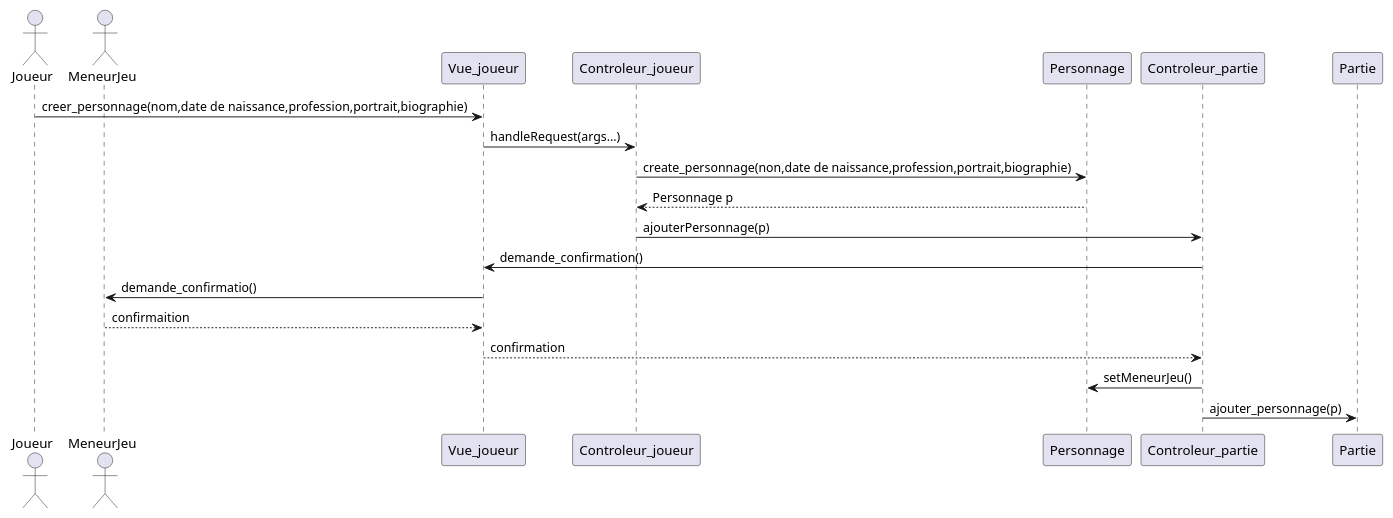
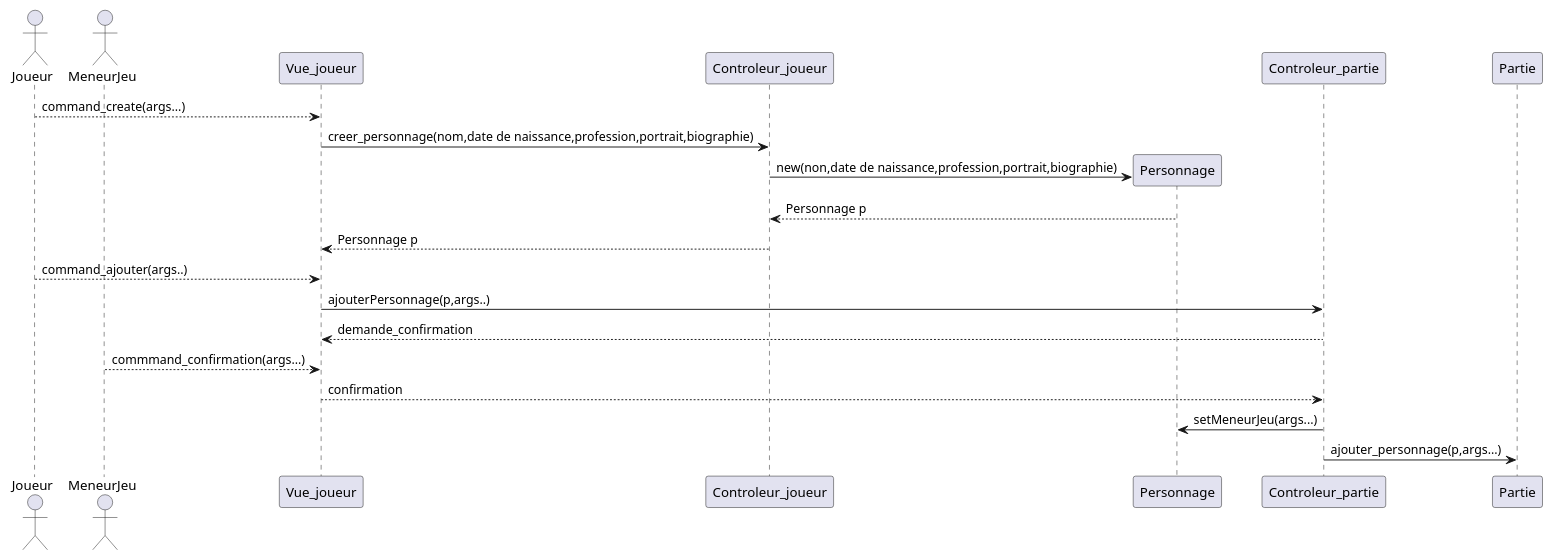
The diagram in diagrams/sequence_technique_ajouter_personnage.wsd (Stefy237/projet-gl), drawn with PlantUML before and after one commit.

Commit message:
sequence technique ajouter_personnage

```diff
--- a/diagrams/sequence_technique_ajouter_personnage.wsd
+++ b/diagrams/sequence_technique_ajouter_personnage.wsd
@@ -1,17 +1,22 @@
 @startuml
 actor Joueur
 actor MeneurJeu
 
-Joueur -> Vue_joueur: creer_personnage(nom,date de naissance,profession,portrait,biographie)
-Vue_joueur -> Controleur_joueur: handleRequest(args...)
-Controleur_joueur -> Personnage: create_personnage(non,date de naissance,profession,portrait,biographie)
+Joueur --> Vue_joueur: command_create(args...)
+Vue_joueur -> Controleur_joueur: creer_personnage(nom,date de naissance,profession,portrait,biographie)
+create Personnage
+Controleur_joueur -> Personnage: new(non,date de naissance,profession,portrait,biographie)
+
 Personnage --> Controleur_joueur: Personnage p
-Controleur_joueur -> Controleur_partie: ajouterPersonnage(p)
-Controleur_partie -> Vue_joueur: demande_confirmation()
-Vue_joueur->MeneurJeu: demande_confirmatio()
-MeneurJeu --> Vue_joueur: confirmaition
+Controleur_joueur --> Vue_joueur: Personnage p
+Joueur --> Vue_joueur: command_ajouter(args..)
+
+Vue_joueur -> Controleur_partie: ajouterPersonnage(p,args..)
+Controleur_partie --> Vue_joueur: demande_confirmation
+'Vue_joueur->MeneurJeu: demande_confirmation
+MeneurJeu --> Vue_joueur: commmand_confirmation(args...)
 Vue_joueur --> Controleur_partie: confirmation
-Controleur_partie -> Personnage: setMeneurJeu()
-Controleur_partie -> Partie : ajouter_personnage(p)
+Controleur_partie -> Personnage: setMeneurJeu(args...)
+Controleur_partie -> Partie : ajouter_personnage(p,args...)
 'Partie-> Controleur_partie: demande_confirmation()
 @enduml
```
